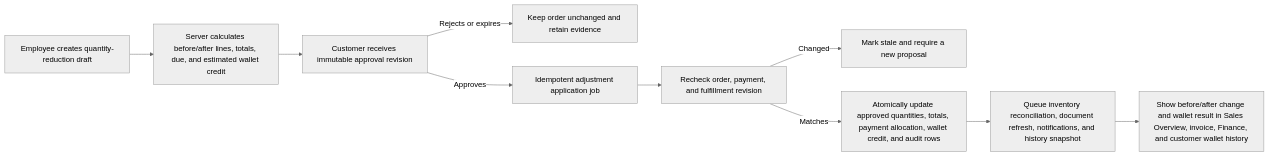
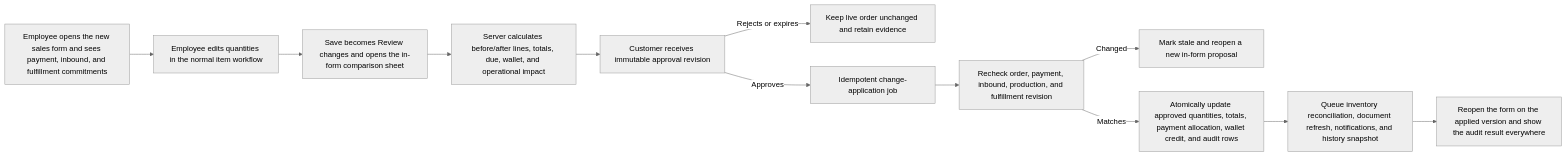
The diagram in .brain/plans/2026-08-04-sales-quantity-reduction-wallet-credit.md (ishaqyusuf/mdd-ssfy), drawn with Mermaid (neutral theme) before and after one commit. The commit also changed other lines of this file and 36 other files, not shown here.

Commit message:
feat(sales): add customer-approved quantity adjustments

````diff
--- a/.brain/plans/2026-08-04-sales-quantity-reduction-wallet-credit.md
+++ b/.brain/plans/2026-08-04-sales-quantity-reduction-wallet-credit.md
@@ -69,12 +90,14 @@
 ```mermaid
 flowchart LR
-    A["Employee creates quantity-reduction draft"] --> B["Server calculates before/after lines, totals, due, and estimated wallet credit"]
-    B --> C["Customer receives immutable approval revision"]
-    C -->|Rejects or expires| D["Keep order unchanged and retain evidence"]
-    C -->|Approves| E["Idempotent adjustment application job"]
-    E --> F["Recheck order, payment, and fulfillment revision"]
-    F -->|Changed| G["Mark stale and require a new proposal"]
-    F -->|Matches| H["Atomically update approved quantities, totals, payment allocation, wallet credit, and audit rows"]
-    H --> I["Queue inventory reconciliation, document refresh, notifications, and history snapshot"]
-    I --> J["Show before/after change and wallet result in Sales Overview, invoice, Finance, and customer wallet history"]
+    A["Employee opens the new sales form and sees payment, inbound, and fulfillment commitments"] --> B["Employee edits quantities in the normal item workflow"]
+    B --> C["Save becomes Review changes and opens the in-form comparison sheet"]
+    C --> D["Server calculates before/after lines, totals, due, wallet, and operational impact"]
+    D --> E["Customer receives immutable approval revision"]
+    E -->|Rejects or expires| F["Keep live order unchanged and retain evidence"]
+    E -->|Approves| G["Idempotent change-application job"]
+    G --> H["Recheck order, payment, inbound, production, and fulfillment revision"]
+    H -->|Changed| I["Mark stale and reopen a new in-form proposal"]
+    H -->|Matches| J["Atomically update approved quantities, totals, payment allocation, wallet credit, and audit rows"]
+    J --> K["Queue inventory reconciliation, document refresh, notifications, and history snapshot"]
+    K --> L["Reopen the form on the applied version and show the audit result everywhere"]
 ```
````
